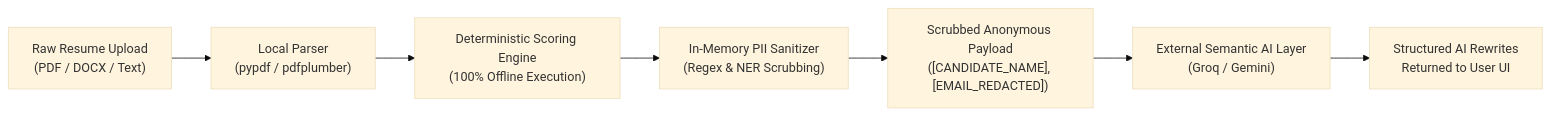
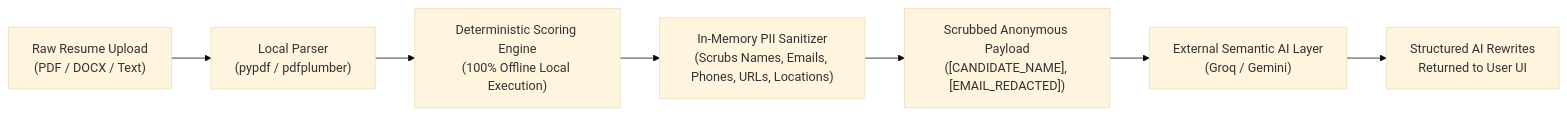
The diagram in README.md (Syedfarhan078/Career-Catalyst-Django), drawn with Mermaid (base theme) before and after one commit. The commit also changed other lines of this file, not shown here.

````diff
--- a/README.md
+++ b/README.md
@@ -138,9 +111,9 @@
 ```mermaid
 flowchart LR
     A["Raw Resume Upload\n(PDF / DOCX / Text)"] --> B["Local Parser\n(pypdf / pdfplumber)"]
-    B --> C["Deterministic Scoring Engine\n(100% Offline Execution)"]
-    C --> D["In-Memory PII Sanitizer\n(Regex & NER Scrubbing)"]
+    B --> C["Deterministic Scoring Engine\n(100% Offline Local Execution)"]
+    C --> D["In-Memory PII Sanitizer\n(Scrubs Names, Emails, Phones, URLs, Locations)"]
     D --> E["Scrubbed Anonymous Payload\n([CANDIDATE_NAME], [EMAIL_REDACTED])"]
     E --> F["External Semantic AI Layer\n(Groq / Gemini)"]
     F --> G["Structured AI Rewrites\nReturned to User UI"]
 ```
````
